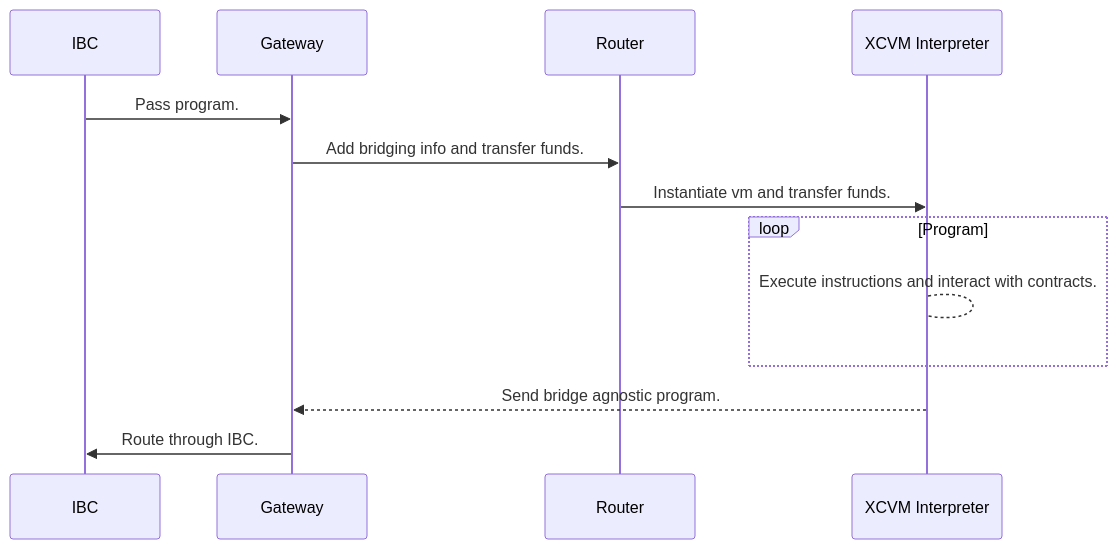
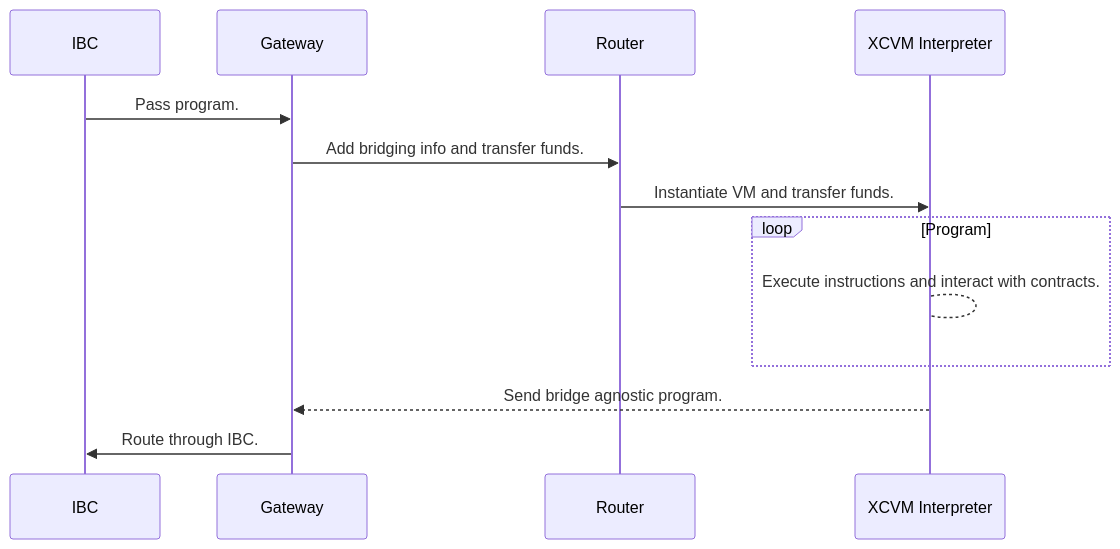
Before and after one commit to ComposableFi/composable: the first of 3 diagrams in code/xcvm/SPEC.md, drawn with Mermaid. The commit also changed other lines of this file, not shown here.

Commit message:
more xcvm spec alignment

````diff
--- a/code/xcvm/SPEC.md
+++ b/code/xcvm/SPEC.md
@@ -44,15 +44,15 @@
 ```mermaid
 sequenceDiagram
     participant IBC
     participant Gateway
     participant Router
     participant XCVM Interpreter
     IBC->>Gateway: Pass program.
     Gateway->>Router: Add bridging info and transfer funds.
-    Router->>XCVM Interpreter: Instantiate vm and transfer funds.
+    Router->>XCVM Interpreter: Instantiate VM and transfer funds.
     loop Program
         XCVM Interpreter-->XCVM Interpreter: Execute instructions and interact with contracts.
     end
     XCVM Interpreter-->>Gateway: Send bridge agnostic program.
     Gateway->>IBC: Route through IBC.
 ```
````
